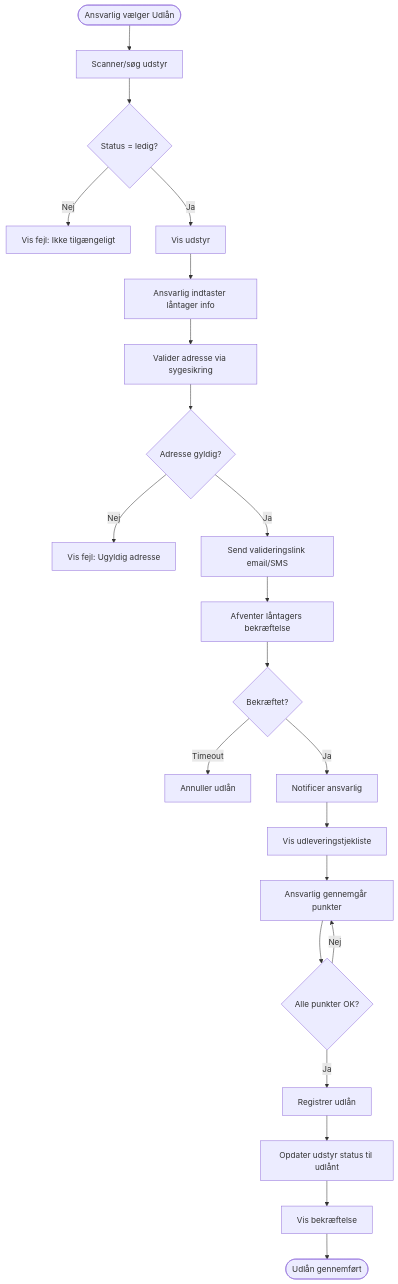
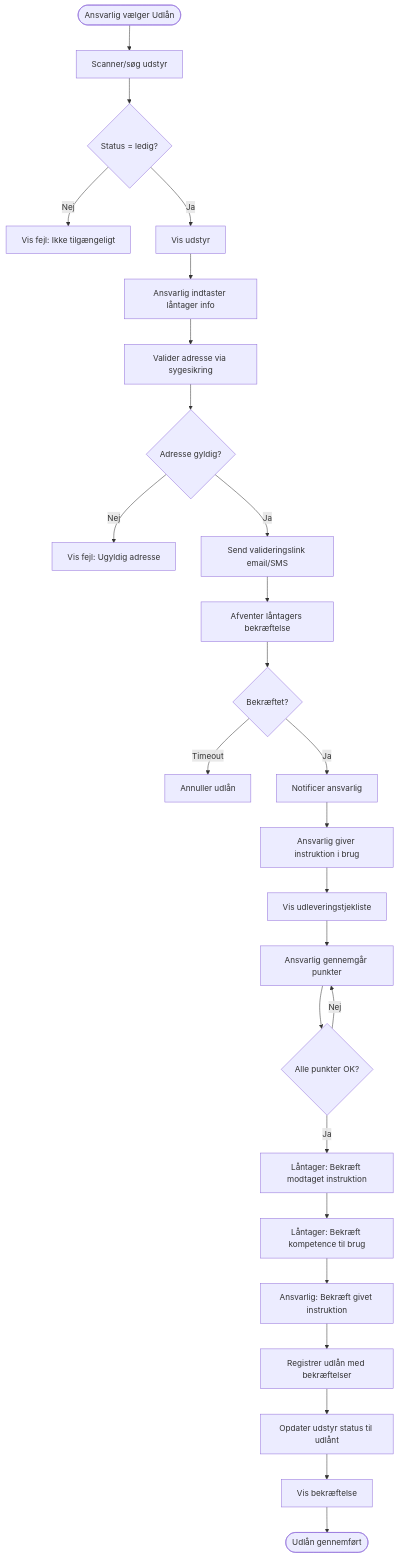
One commit to OrangeMakers/Udlaan changed the third of 7 diagrams in FLOWS.md. Above: the diagram before and after it, drawn with Mermaid. The commit also changed other lines of this file and 3 other files, not shown here.

````diff
--- a/FLOWS.md
+++ b/FLOWS.md
@@ -63,24 +69,28 @@
 ```mermaid
 flowchart TD
     Start([Ansvarlig vælger Udlån]) --> ScanEquip[Scanner/søg udstyr]
     ScanEquip --> CheckStatus{Status = ledig?}
     CheckStatus -->|Nej| Error[Vis fejl: Ikke tilgængeligt]
     CheckStatus -->|Ja| ShowEquip[Vis udstyr]
     ShowEquip --> EnterInfo[Ansvarlig indtaster låntager info]
     EnterInfo --> ValidateAddress[Valider adresse via sygesikring]
     ValidateAddress --> AddressValid{Adresse gyldig?}
     AddressValid -->|Nej| AddressError[Vis fejl: Ugyldig adresse]
     AddressValid -->|Ja| SendLink[Send valideringslink email/SMS]
     SendLink --> WaitConfirm[Afventer låntagers bekræftelse]
     WaitConfirm --> Confirmed{Bekræftet?}
     Confirmed -->|Timeout| Cancelled[Annuller udlån]
     Confirmed -->|Ja| NotifyResponsible[Notificer ansvarlig]
-    NotifyResponsible --> Checklist[Vis udleveringstjekliste]
+    NotifyResponsible --> GiveInstr[Ansvarlig giver instruktion i brug]
+    GiveInstr --> Checklist[Vis udleveringstjekliste]
     Checklist --> CheckItems[Ansvarlig gennemgår punkter]
     CheckItems --> AllDone{Alle punkter OK?}
     AllDone -->|Nej| CheckItems
-    AllDone -->|Ja| RegisterLoan[Registrer udlån]
+    AllDone -->|Ja| Confirm1[Låntager: Bekræft modtaget instruktion]
+    Confirm1 --> Confirm2[Låntager: Bekræft kompetence til brug]
+    Confirm2 --> Confirm3[Ansvarlig: Bekræft givet instruktion]
+    Confirm3 --> RegisterLoan[Registrer udlån med bekræftelser]
     RegisterLoan --> UpdateStatus[Opdater udstyr status til udlånt]
     UpdateStatus --> Confirm[Vis bekræftelse]
     Confirm --> End([Udlån gennemført])
 ```
````
